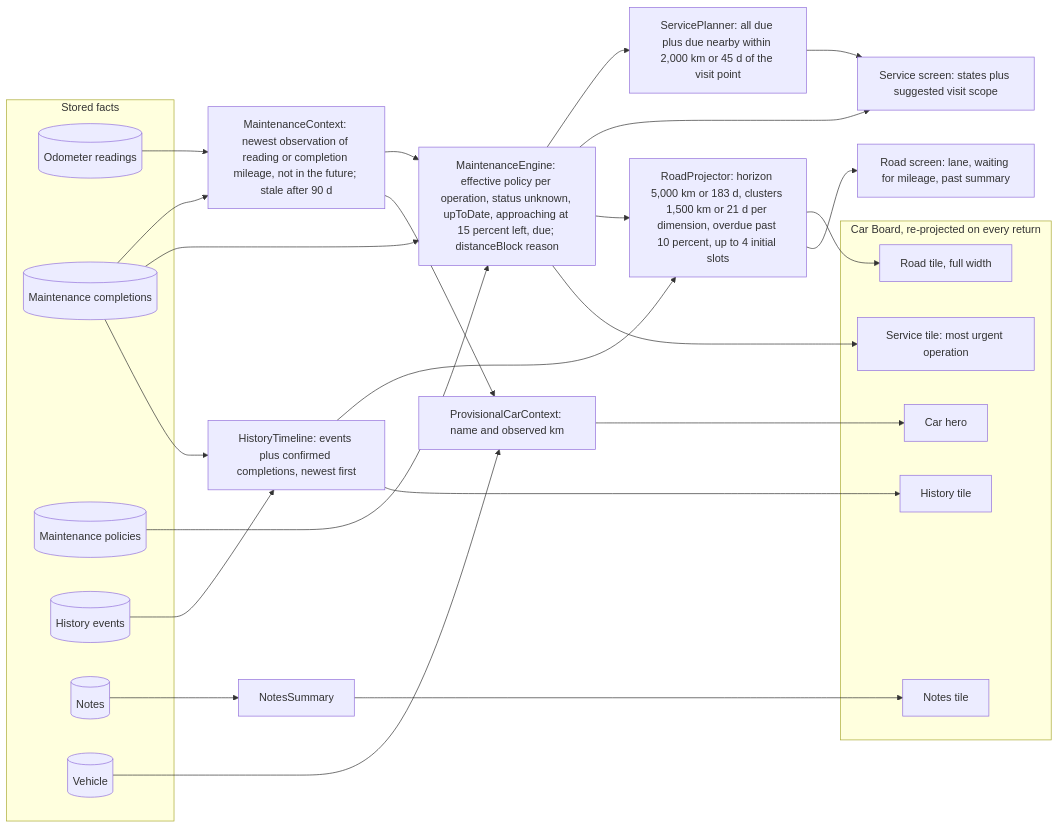
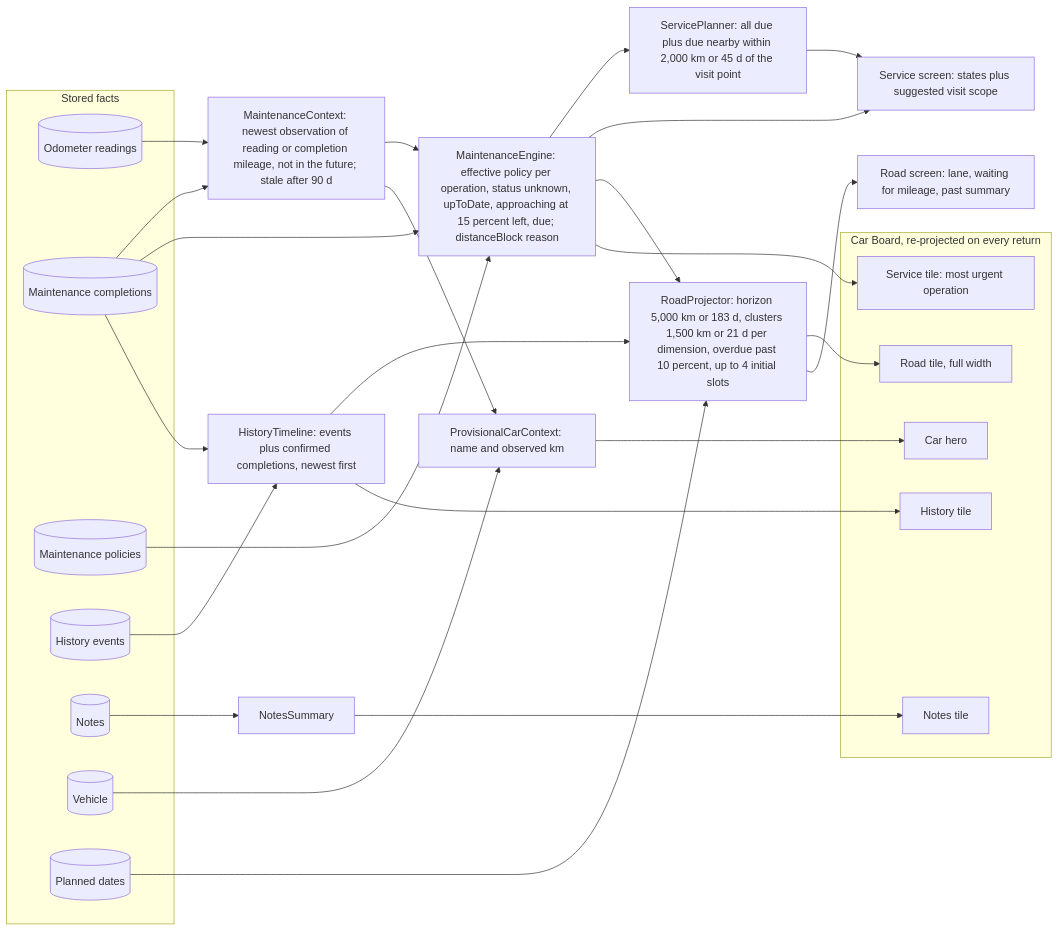
The eighth of 9 diagrams in docs/engineering/system-overview.md (vil4max/pitstop-ios), drawn with Mermaid before and after one commit. The commit also changed other lines of this file and 32 other files, not shown here.

````diff
--- a/docs/engineering/system-overview.md
+++ b/docs/engineering/system-overview.md
@@ -621,49 +634,51 @@
 ```mermaid
 flowchart LR
     subgraph facts["Stored facts"]
         rd[("Odometer readings")]
         cp[("Maintenance completions")]
         pl[("Maintenance policies")]
         ev[("History events")]
         nt[("Notes")]
         vh[("Vehicle")]
+        pe[("Planned dates")]
     end
 
     ctx["MaintenanceContext: newest observation of reading or completion mileage, not in the future; stale after 90 d"]
     eng["MaintenanceEngine: effective policy per operation, status unknown, upToDate, approaching at 15 percent left, due; distanceBlock reason"]
     plan["ServicePlanner: all due plus due nearby within 2,000 km or 45 d of the visit point"]
     tl["HistoryTimeline: events plus confirmed completions, newest first"]
     proj["RoadProjector: horizon 5,000 km or 183 d, clusters 1,500 km or 21 d per dimension, overdue past 10 percent, up to 4 initial slots"]
     ns["NotesSummary"]
     car["ProvisionalCarContext: name and observed km"]
 
     subgraph board["Car Board, re-projected on every return"]
         hero["Car hero"]
         tRoad["Road tile, full width"]
         tNotes["Notes tile"]
         tServ["Service tile: most urgent operation"]
         tHist["History tile"]
     end
 
     sServ["Service screen: states plus suggested visit scope"]
     sRoad["Road screen: lane, waiting for mileage, past summary"]
 
     rd --> ctx
     cp --> ctx
     ctx --> eng
     pl --> eng
     cp --> eng
     eng --> plan --> sServ
     eng --> sServ
     ev --> tl
     cp --> tl
     eng --> proj
     tl --> proj
+    pe --> proj
     proj --> tRoad
     proj --> sRoad
     eng --> tServ
     tl --> tHist
     nt --> ns --> tNotes
     vh --> car
     ctx --> car --> hero
 ```
````
